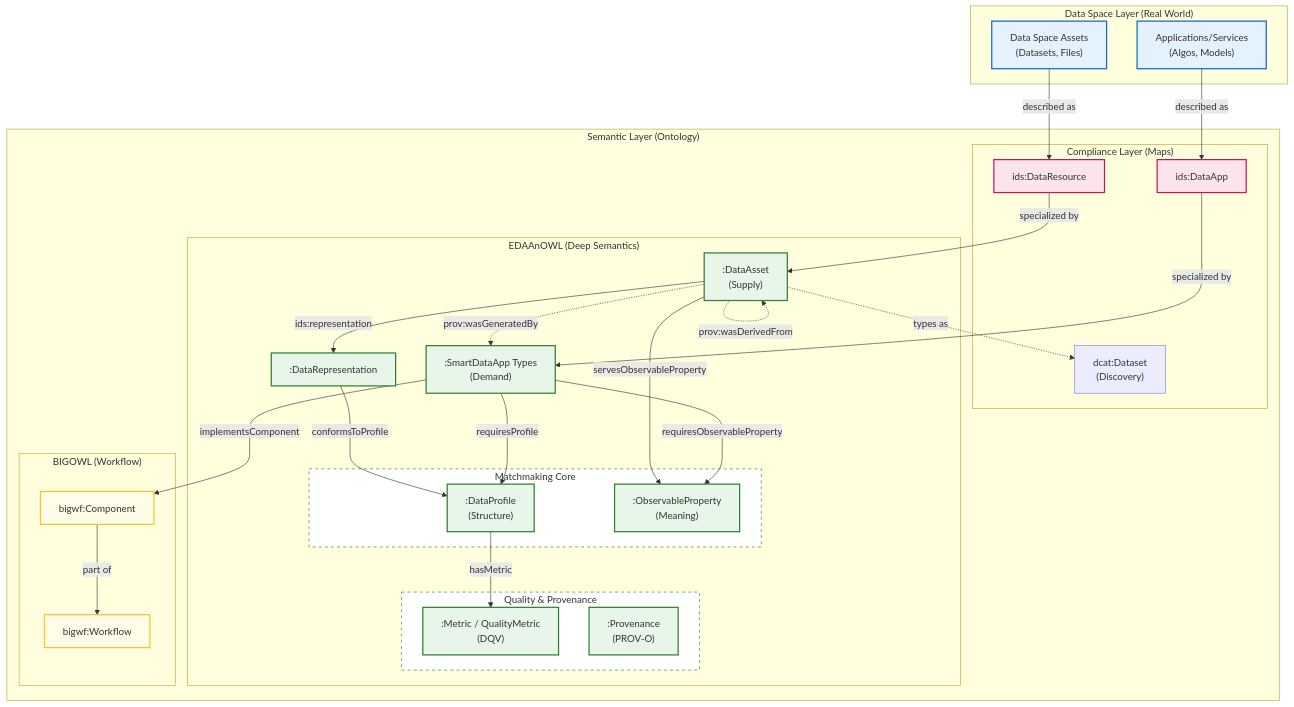
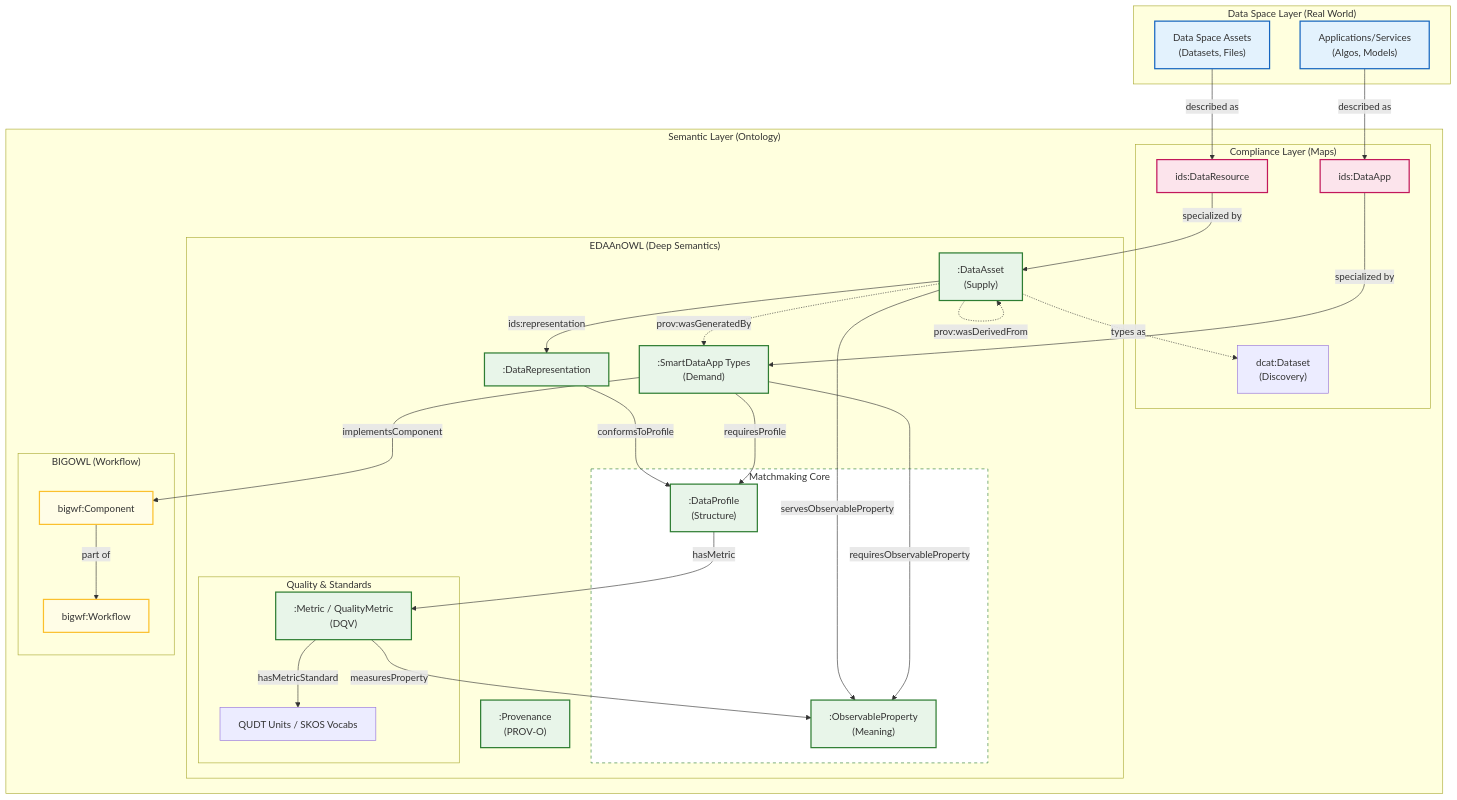
One commit to KhaosResearch/EDAAnOWL changed the diagram in docs/ARCHITECTURE.md. Above: the diagram before and after it, drawn with Mermaid. The commit also changed other lines of this file and 16 other files, not shown here.

````diff
--- a/docs/ARCHITECTURE.md
+++ b/docs/ARCHITECTURE.md
@@ -3,72 +3,77 @@
 ```mermaid
 graph TB
     subgraph DataSpace ["Data Space Layer (Real World)"]
         DS["Data Space Assets<br/>(Datasets, Files)"]
         AP["Applications/Services<br/>(Algos, Models)"]
     end
 
     subgraph Semantic ["Semantic Layer (Ontology)"]
         subgraph Compliance ["Compliance Layer (Maps)"]
             DCAT["dcat:Dataset<br/>(Discovery)"]
             DR_IDSA["ids:DataResource"]
             DA_IDSA["ids:DataApp"]
         end
 
         subgraph EDAAnOWL ["EDAAnOWL (Deep Semantics)"]
             DA[":DataAsset<br/>(Supply)"]
             Apps[":SmartDataApp Types<br/>(Demand)"]
             
             subgraph Matchmaking ["Matchmaking Core"]
                 Prof[":DataProfile<br/>(Structure)"]
                 OP[":ObservableProperty<br/>(Meaning)"]
             end
             
-            subgraph QualityProv ["Quality & Provenance"]
+            subgraph QualityStandard ["Quality & Standards"]
                 Met[":Metric / QualityMetric<br/>(DQV)"]
-                Prov_O[":Provenance<br/>(PROV-O)"]
+                QUDT["QUDT Units / SKOS Vocabs"]
             end
+            
+            Prov_O[":Provenance<br/>(PROV-O)"]
             
             Repr[":DataRepresentation"]
         end
 
         subgraph BIGOWL ["BIGOWL (Workflow)"]
             WF["bigwf:Workflow"]
             Comp["bigwf:Component"]
         end
     end
 
     %% Relationships
     DS -->|"described as"| DR_IDSA
     DR_IDSA -->|"specialized by"| DA
     DA -.->|"types as"| DCAT
 
     AP -->|"described as"| DA_IDSA
     DA_IDSA -->|"specialized by"| Apps
     
     DA -- "servesObservableProperty" --> OP
     Apps -- "requiresObservableProperty" --> OP
     
     DA -- "ids:representation" --> Repr
     Repr -- "conformsToProfile" --> Prof
     Apps -- "requiresProfile" --> Prof
 
     Prof -- "hasMetric" --> Met
+    Met -- "hasMetricStandard" --> QUDT
+    Met -- "measuresProperty" --> OP
+    
     DA -.->|"prov:wasGeneratedBy"| Apps
     DA -.->|"prov:wasDerivedFrom"| DA
 
     Apps -- "implementsComponent" --> Comp
     Comp -->|"part of"| WF
 
     %% Styling
     classDef space fill:#e3f2fd,stroke:#1565c0,stroke-width:2px
     classDef idsa fill:#fce4ec,stroke:#c2185b,stroke-width:2px
     classDef edaan fill:#e8f5e9,stroke:#2e7d32,stroke-width:2px
     classDef bigowl fill:#fffde7,stroke:#fbc02d,stroke-width:2px
     classDef core fill:#ffffff,stroke:#2e7d32,stroke-width:1px,stroke-dasharray: 5 5
 
     class DS,AP space
     class DR_IDSA,DA_IDSA idsa
     class DA,Repr,Apps,Prof,OP,Met,Prov_O edaan
     class WF,Comp bigowl
     class Matchmaking,QualityProv core
 ```
````
